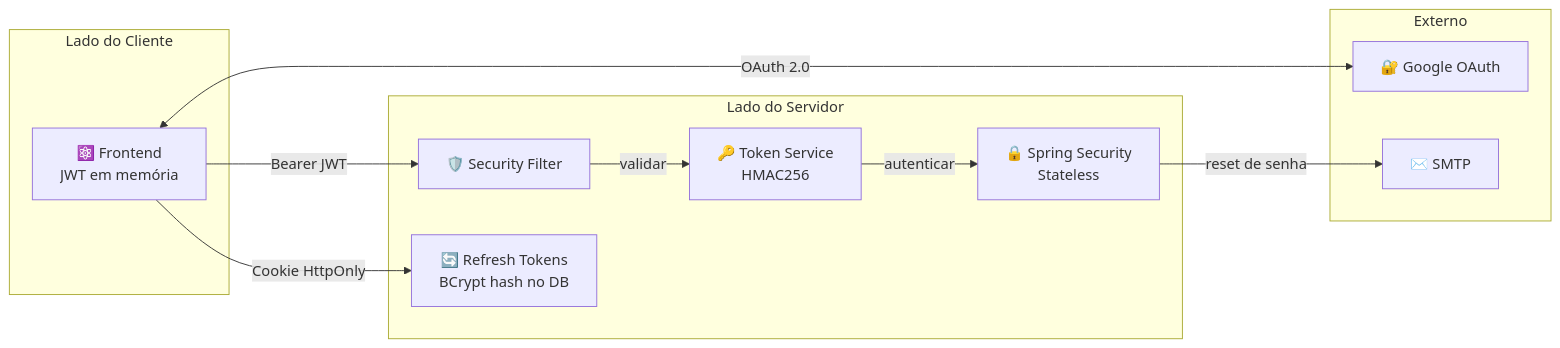
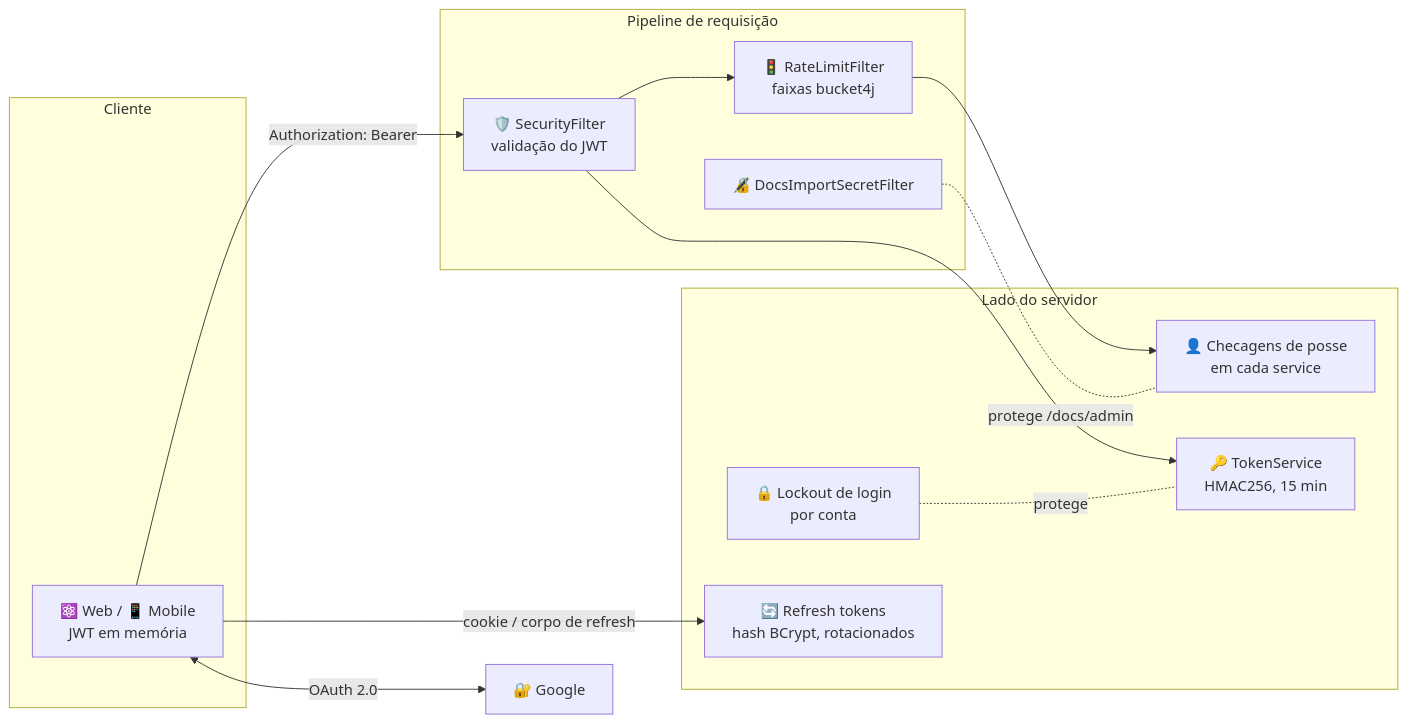
One commit to AndDev741/Beyou-arch-design changed the first of 3 diagrams in architecture/security/pt.md. Above: the diagram before and after it, drawn with Mermaid. The commit also changed other lines of this file and 3 other files, not shown here.

First line of the commit message:
docs(architecture): rewrite the security topic against the real surface

````diff
--- a/architecture/security/pt.md
+++ b/architecture/security/pt.md
@@ -10,25 +12,27 @@
 ```mermaid
 flowchart LR
-  subgraph "Lado do Cliente"
-    FE["⚛️ Frontend<br/>JWT em memória"]
+  subgraph client["Cliente"]
+    FE["⚛️ Web / 📱 Mobile<br/>JWT em memória"]
   end
 
-  subgraph "Lado do Servidor"
-    SF["🛡️ Security Filter"]
-    TS["🔑 Token Service<br/>HMAC256"]
-    SC["🔒 Spring Security<br/>Stateless"]
-    RT["🔄 Refresh Tokens<br/>BCrypt hash no DB"]
+  subgraph filters["Pipeline de requisição"]
+    RL["🚦 RateLimitFilter<br/>faixas bucket4j"]
+    SF["🛡️ SecurityFilter<br/>validação do JWT"]
+    DS["🔏 DocsImportSecretFilter"]
   end
 
-  subgraph "Externo"
-    GO["🔐 Google OAuth"]
-    ML["✉️ SMTP"]
+  subgraph server["Lado do servidor"]
+    LA["🔒 Lockout de login<br/>por conta"]
+    TS["🔑 TokenService<br/>HMAC256, 15 min"]
+    RT["🔄 Refresh tokens<br/>hash BCrypt, rotacionados"]
+    OWN["👤 Checagens de posse<br/>em cada service"]
   end
 
-  FE -->|"Bearer JWT"| SF
-  SF -->|validar| TS
-  TS -->|autenticar| SC
-  FE -->|"Cookie HttpOnly"| RT
-  FE <-->|OAuth 2.0| GO
-  SC -->|reset de senha| ML
+  FE -->|"Authorization: Bearer"| SF
+  FE -->|"cookie / corpo de refresh"| RT
+  SF --> RL --> OWN
+  SF --> TS
+  FE <-->|"OAuth 2.0"| GO["🔐 Google"]
+  LA -.-|"protege"| TS
+  DS -.-|"protege /docs/admin"| OWN
 ```
````
